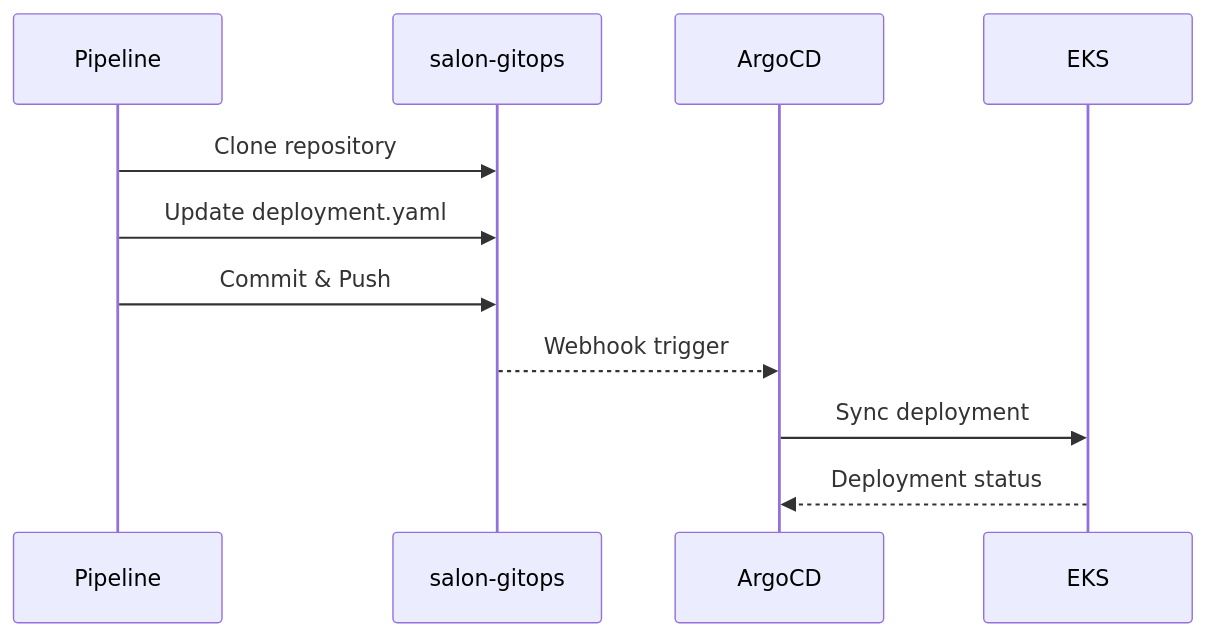
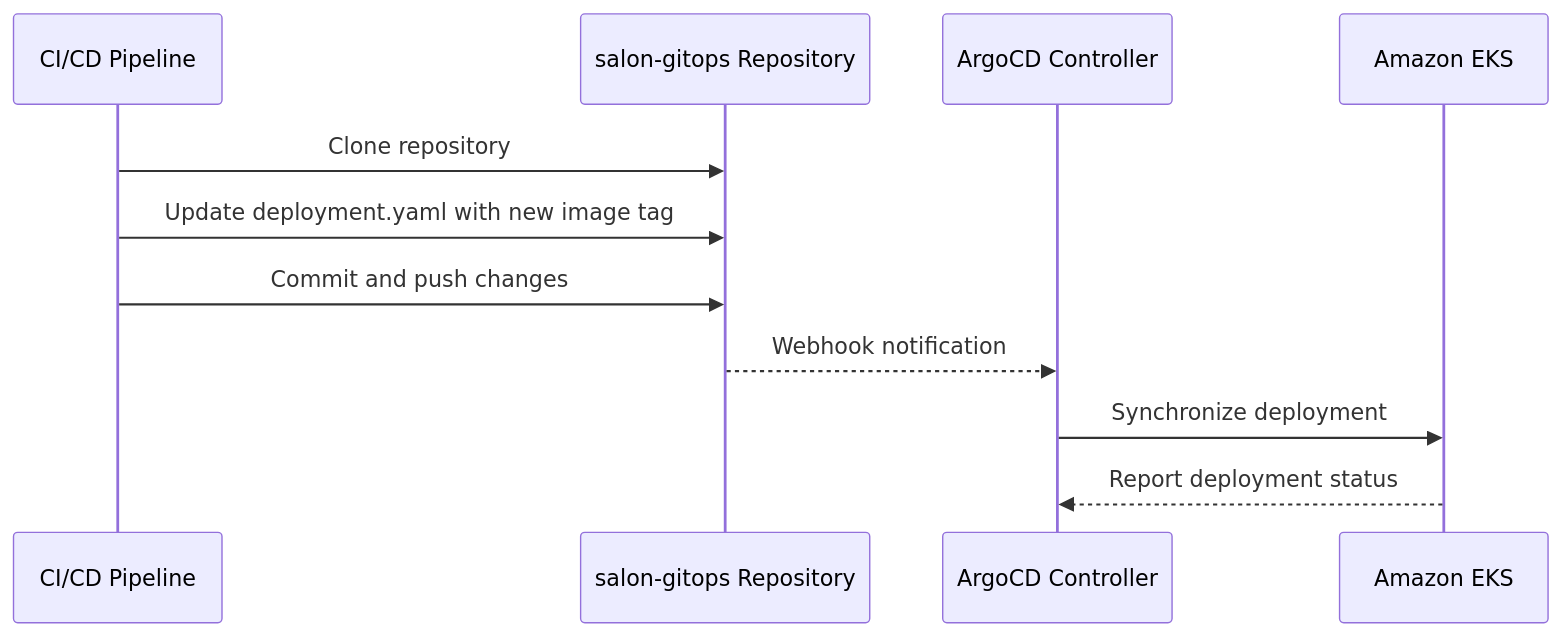
The seventh of 8 diagrams in docs/CI_CD_PIPELINE.md (WSO2-G02/salon-booking-frontend-dev), drawn with Mermaid before and after one commit. The commit also changed other lines of this file and 2 other files, not shown here.

````diff
--- a/docs/CI_CD_PIPELINE.md
+++ b/docs/CI_CD_PIPELINE.md
@@ -244,14 +246,14 @@
 ```mermaid
 sequenceDiagram
-    participant Pipeline
-    participant GitOps as salon-gitops
-    participant ArgoCD
-    participant EKS
+    participant Pipeline as CI/CD Pipeline
+    participant GitOps as salon-gitops Repository
+    participant ArgoCD as ArgoCD Controller
+    participant EKS as Amazon EKS
 
     Pipeline->>GitOps: Clone repository
-    Pipeline->>GitOps: Update deployment.yaml
-    Pipeline->>GitOps: Commit & Push
-    GitOps-->>ArgoCD: Webhook trigger
-    ArgoCD->>EKS: Sync deployment
-    EKS-->>ArgoCD: Deployment status
+    Pipeline->>GitOps: Update deployment.yaml with new image tag
+    Pipeline->>GitOps: Commit and push changes
+    GitOps-->>ArgoCD: Webhook notification
+    ArgoCD->>EKS: Synchronize deployment
+    EKS-->>ArgoCD: Report deployment status
 ```
````
